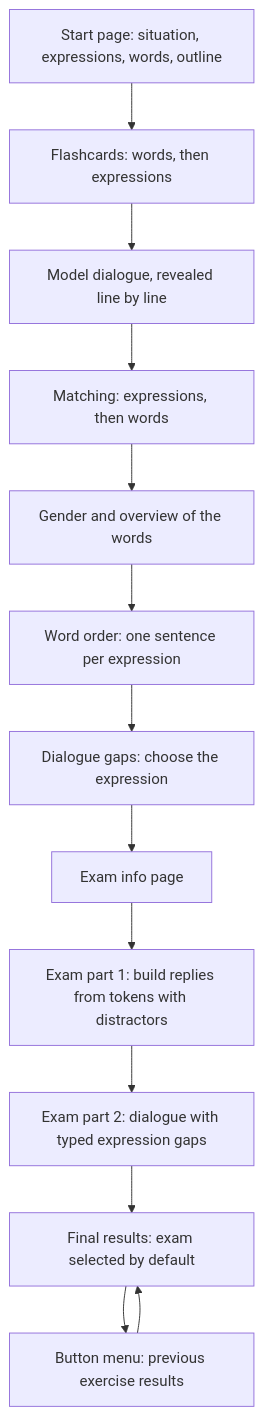
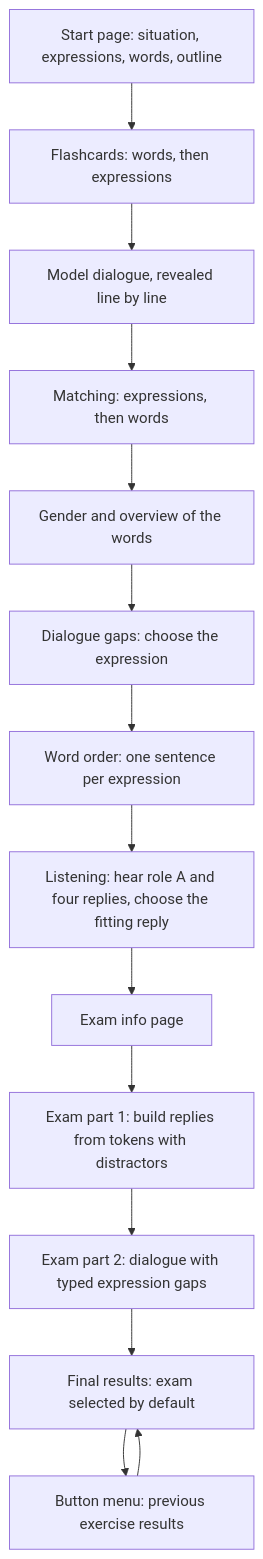
The fifth of 46 diagrams in docs/SPEC.md (bastian-schnitzler/lesson_prototype), drawn with Mermaid before and after one commit. The commit also changed other lines of this file and 30 other files, not shown here.

First line of the commit message:
P4-05 review: dialogue gaps before word order, new listening choice

````diff
--- a/docs/SPEC.md
+++ b/docs/SPEC.md
@@ -802,15 +802,16 @@
 ```mermaid
 flowchart TD
     S[Start page: situation, expressions, words, outline] --> A[Flashcards: words, then expressions]
     A --> B[Model dialogue, revealed line by line]
     B --> C[Matching: expressions, then words]
     C --> C2[Gender and overview of the words]
-    C2 --> D[Word order: one sentence per expression]
-    D --> E[Dialogue gaps: choose the expression]
-    E --> F[Exam info page]
+    C2 --> E[Dialogue gaps: choose the expression]
+    E --> D[Word order: one sentence per expression]
+    D --> L[Listening: hear role A and four replies, choose the fitting reply]
+    L --> F[Exam info page]
     F --> G[Exam part 1: build replies from tokens with distractors]
     G --> H[Exam part 2: dialogue with typed expression gaps]
     H --> R[Final results: exam selected by default]
     R --> M[Button menu: previous exercise results]
     M --> R
 ```
````
